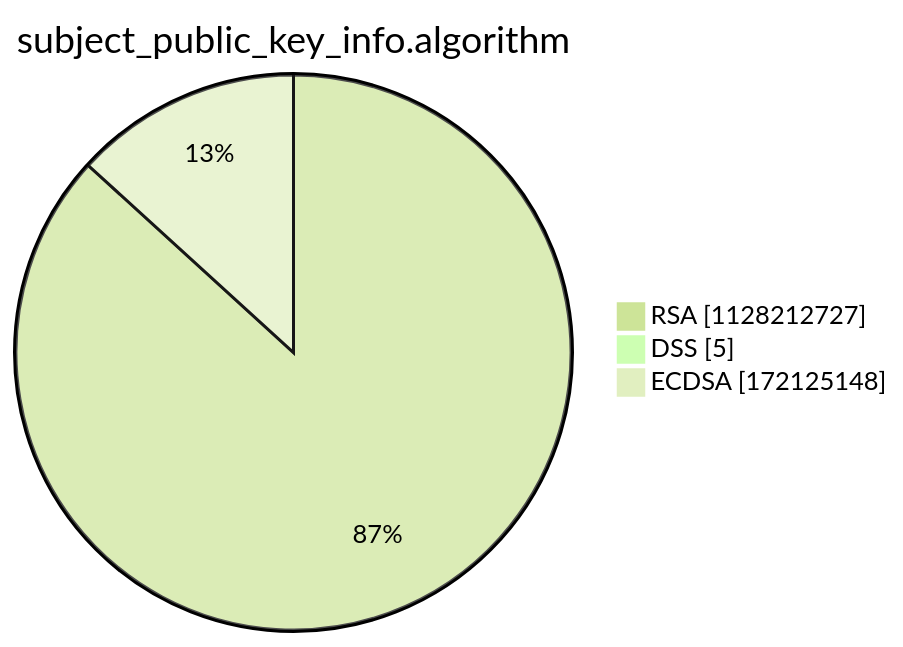
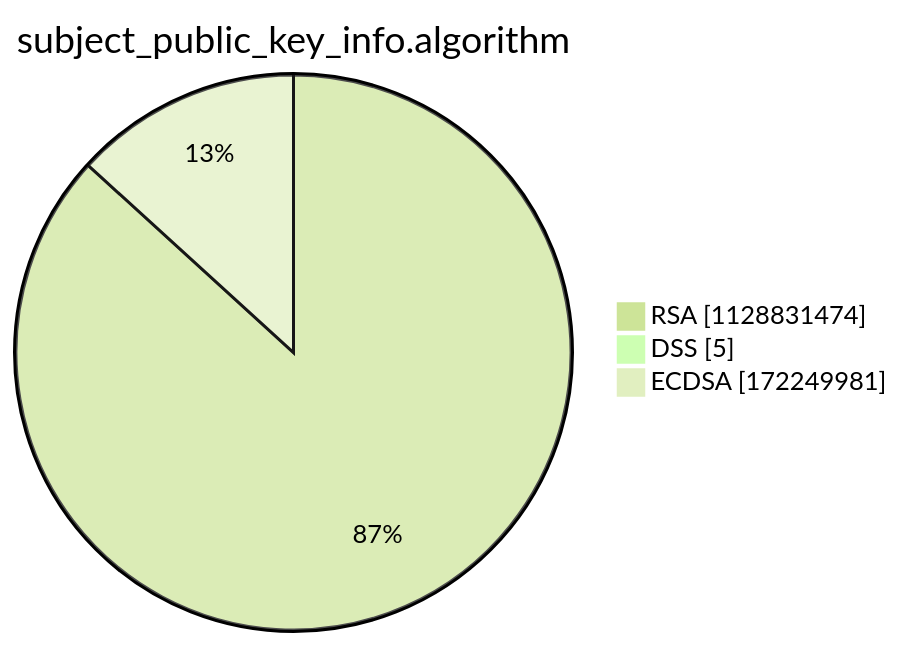
Before and after one commit to christiankrug/ctmonitor_visualization: the third of 15 diagrams in argon2022/README.md, drawn with Mermaid (forest theme). The commit also changed other lines of this file, not shown here.

````diff
--- a/argon2022/README.md
+++ b/argon2022/README.md
@@ -14,7 +14,7 @@
 ```mermaid
 pie showData
 title subject_public_key_info.algorithm
-"RSA" :1128212727
+"RSA" :1128831474
 "DSS" :5
-"ECDSA" :172125148
+"ECDSA" :172249981
 ```
````
